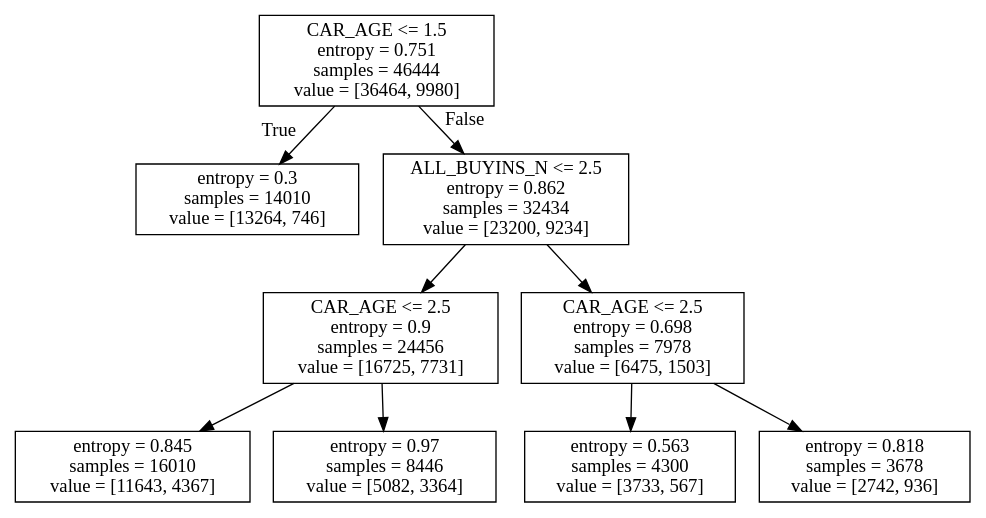
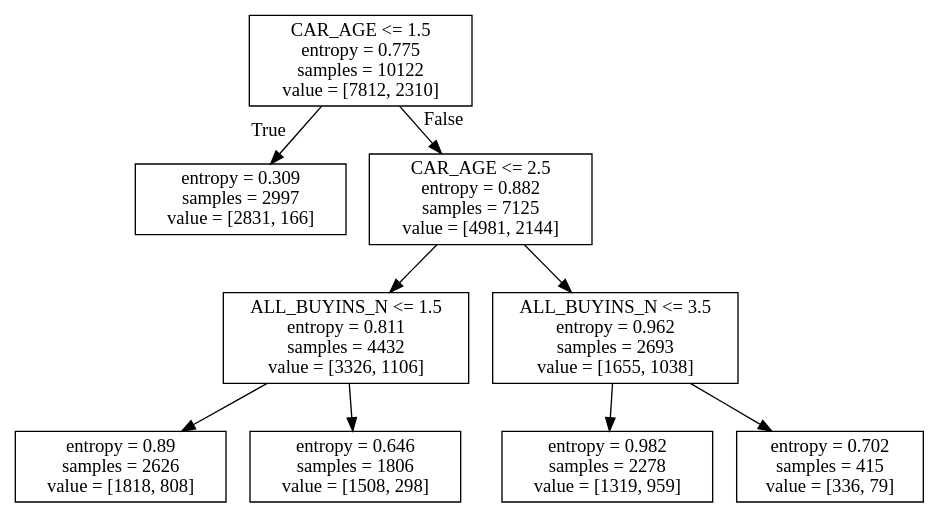
Before and after one commit to fralychen/TianchiData: the diagram in tree.dot, drawn with Graphviz. The commit also changed 3 other files, not shown here.

```diff
--- a/tree.dot
+++ b/tree.dot
@@ -1,20 +1,20 @@
 digraph Tree {
 node [shape=box] ;
-0 [label="CAR_AGE <= 1.5\nentropy = 0.751\nsamples = 46444\nvalue = [36464, 9980]"] ;
-1 [label="entropy = 0.3\nsamples = 14010\nvalue = [13264, 746]"] ;
+0 [label="CAR_AGE <= 1.5\nentropy = 0.775\nsamples = 10122\nvalue = [7812, 2310]"] ;
+1 [label="entropy = 0.309\nsamples = 2997\nvalue = [2831, 166]"] ;
 0 -> 1 [labeldistance=2.5, labelangle=45, headlabel="True"] ;
-2 [label="ALL_BUYINS_N <= 2.5\nentropy = 0.862\nsamples = 32434\nvalue = [23200, 9234]"] ;
+2 [label="CAR_AGE <= 2.5\nentropy = 0.882\nsamples = 7125\nvalue = [4981, 2144]"] ;
 0 -> 2 [labeldistance=2.5, labelangle=-45, headlabel="False"] ;
-3 [label="CAR_AGE <= 2.5\nentropy = 0.9\nsamples = 24456\nvalue = [16725, 7731]"] ;
+3 [label="ALL_BUYINS_N <= 1.5\nentropy = 0.811\nsamples = 4432\nvalue = [3326, 1106]"] ;
 2 -> 3 ;
-5 [label="entropy = 0.845\nsamples = 16010\nvalue = [11643, 4367]"] ;
+5 [label="entropy = 0.89\nsamples = 2626\nvalue = [1818, 808]"] ;
 3 -> 5 ;
-6 [label="entropy = 0.97\nsamples = 8446\nvalue = [5082, 3364]"] ;
+6 [label="entropy = 0.646\nsamples = 1806\nvalue = [1508, 298]"] ;
 3 -> 6 ;
-4 [label="CAR_AGE <= 2.5\nentropy = 0.698\nsamples = 7978\nvalue = [6475, 1503]"] ;
+4 [label="ALL_BUYINS_N <= 3.5\nentropy = 0.962\nsamples = 2693\nvalue = [1655, 1038]"] ;
 2 -> 4 ;
-7 [label="entropy = 0.563\nsamples = 4300\nvalue = [3733, 567]"] ;
+7 [label="entropy = 0.982\nsamples = 2278\nvalue = [1319, 959]"] ;
 4 -> 7 ;
-8 [label="entropy = 0.818\nsamples = 3678\nvalue = [2742, 936]"] ;
+8 [label="entropy = 0.702\nsamples = 415\nvalue = [336, 79]"] ;
 4 -> 8 ;
 }
```
